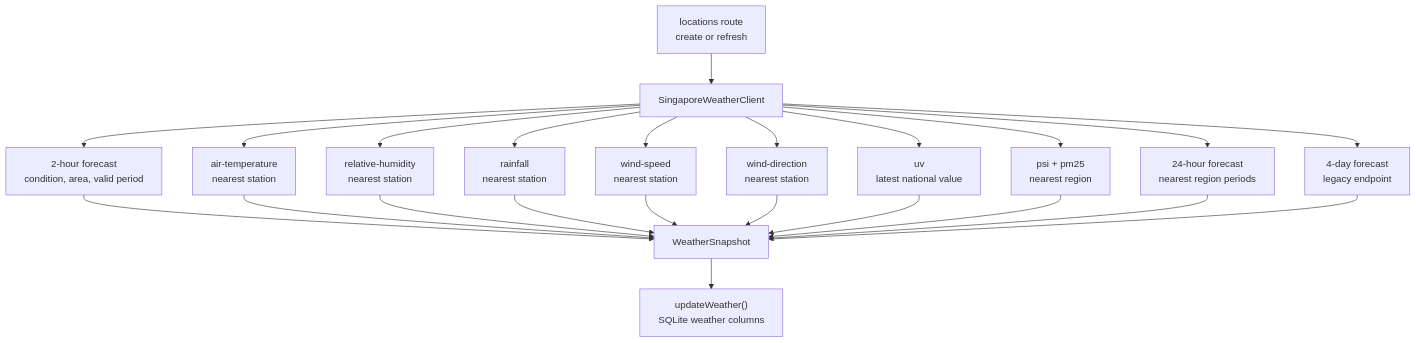
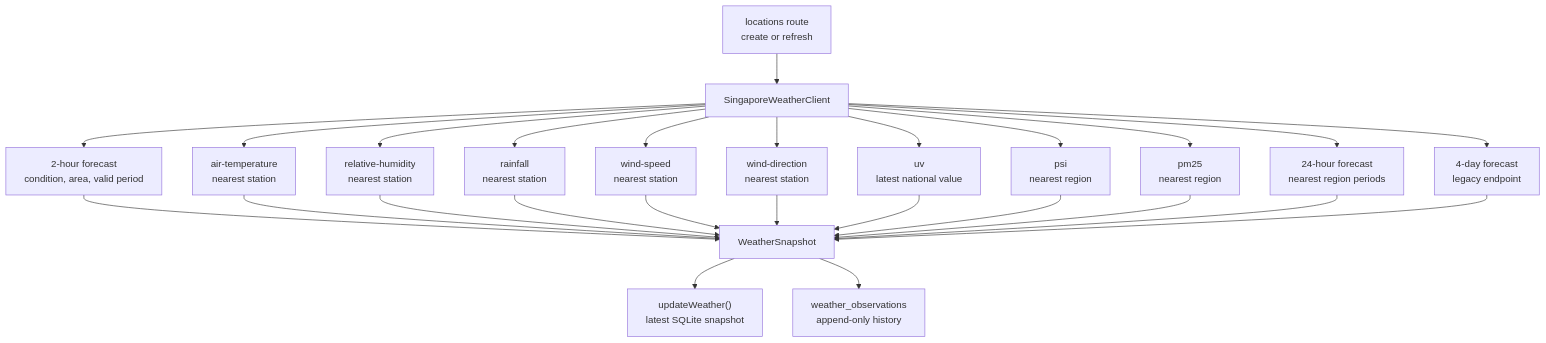
One commit to optiflow/sg-weather-ops-dashboard changed the diagram in docs/src/content/docs/guides/weather-data.md. Above: the diagram before and after it, drawn with Mermaid. The commit also changed other lines of this file and 52 other files, not shown here.

Commit message:
Refactor weather dashboard data flow and UI

````diff
--- a/docs/src/content/docs/guides/weather-data.md
+++ b/docs/src/content/docs/guides/weather-data.md
@@ -12,25 +12,28 @@
 ```mermaid
 graph TD
   Route["locations route\ncreate or refresh"] --> Client["SingaporeWeatherClient"]
   Client --> Forecast["2-hour forecast\ncondition, area, valid period"]
   Client --> Temperature["air-temperature\nnearest station"]
   Client --> Humidity["relative-humidity\nnearest station"]
   Client --> Rainfall["rainfall\nnearest station"]
   Client --> WindSpeed["wind-speed\nnearest station"]
   Client --> WindDirection["wind-direction\nnearest station"]
   Client --> UV["uv\nlatest national value"]
-  Client --> AirQuality["psi + pm25\nnearest region"]
+  Client --> PSI["psi\nnearest region"]
+  Client --> PM25["pm25\nnearest region"]
   Client --> DayForecast["24-hour forecast\nnearest region periods"]
   Client --> FourDay["4-day forecast\nlegacy endpoint"]
   Forecast --> Snapshot["WeatherSnapshot"]
   Temperature --> Snapshot
   Humidity --> Snapshot
   Rainfall --> Snapshot
   WindSpeed --> Snapshot
   WindDirection --> Snapshot
   UV --> Snapshot
-  AirQuality --> Snapshot
+  PSI --> Snapshot
+  PM25 --> Snapshot
   DayForecast --> Snapshot
   FourDay --> Snapshot
-  Snapshot --> Db["updateWeather()\nSQLite weather columns"]
+  Snapshot --> Db["updateWeather()\nlatest SQLite snapshot"]
+  Snapshot --> History["weather_observations\nappend-only history"]
 ```
````
